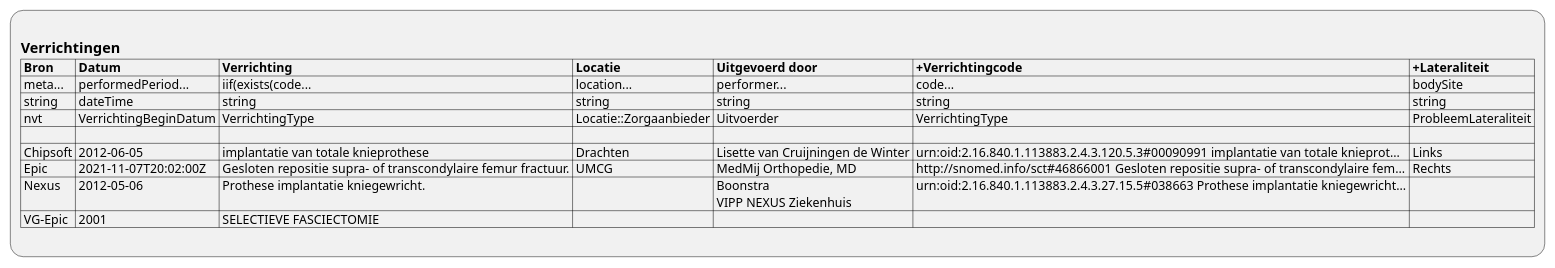
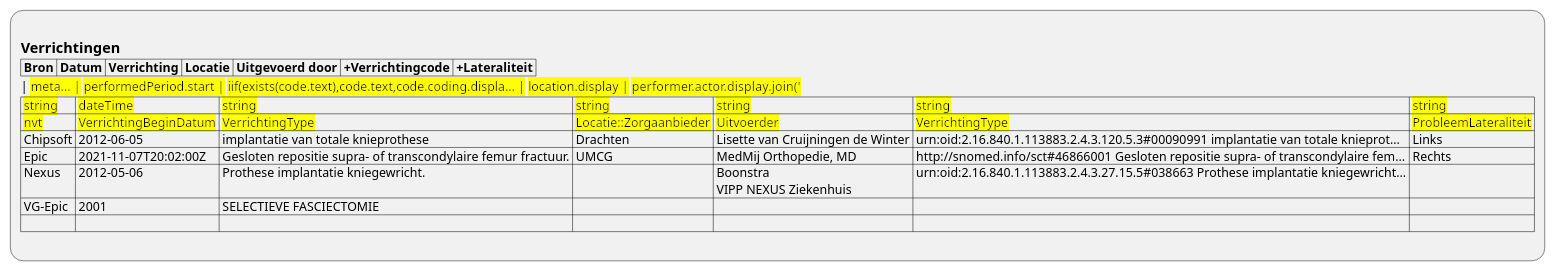
The diagram in input/images-source/ViewDefinition-Procedure.plantuml (RIVO-Noord/zorgviewer-ig), drawn with PlantUML before and after one commit. The commit also changed 10 other files, not shown here.

```diff
--- a/input/images-source/ViewDefinition-Procedure.plantuml
+++ b/input/images-source/ViewDefinition-Procedure.plantuml
@@ -1,14 +1,15 @@
 @startuml ViewDefinition-Procedure
 :
 == Verrichtingen
 |= Bron |= Datum |= Verrichting |= Locatie |= Uitgevoerd door |= +Verrichtingcode |= +Lateraliteit |
-| meta... | performedPeriod... | iif(exists(code... | location... | performer... | code... | bodySite |
-| string | dateTime | string | string | string | string | string |
-| nvt | VerrichtingBeginDatum | VerrichtingType | Locatie::Zorgaanbieder | Uitvoerder | VerrichtingType | ProbleemLateraliteit |
-| |
+|<back:yellow> meta... |<back:yellow> performedPeriod.start |<back:yellow> iif(exists(code.text),code.text,code.coding.displa... |<back:yellow> location.display |<back:yellow> performer.actor.display.join('
+') |<back:yellow> code.coding[0].system+'#'+code.coding[0].code+' '+... |<back:yellow> bodySite.extension('http://nictiz.nl/fhir/Structur... |
+|<back:yellow> string |<back:yellow> dateTime |<back:yellow> string |<back:yellow> string |<back:yellow> string |<back:yellow> string |<back:yellow> string |
+|<back:yellow> nvt |<back:yellow> VerrichtingBeginDatum |<back:yellow> VerrichtingType |<back:yellow> Locatie::Zorgaanbieder |<back:yellow> Uitvoerder |<back:yellow> VerrichtingType |<back:yellow> ProbleemLateraliteit |
 | Chipsoft | 2012-06-05 | implantatie van totale knieprothese | Drachten | Lisette van Cruijningen de Winter | urn:oid:2.16.840.1.113883.2.4.3.120.5.3#00090991 implantatie van totale knieprot... | Links |
 | Epic | 2021-11-07T20:02:00Z | Gesloten repositie supra- of transcondylaire femur fractuur. | UMCG | MedMij Orthopedie, MD | http://snomed.info/sct#46866001 Gesloten repositie supra- of transcondylaire fem... | Rechts |
 | Nexus | 2012-05-06 | Prothese implantatie kniegewricht. |  | Boonstra\n VIPP NEXUS Ziekenhuis | urn:oid:2.16.840.1.113883.2.4.3.27.15.5#038663 Prothese implantatie kniegewricht... |  |
 | VG-Epic | 2001 | SELECTIEVE FASCIECTOMIE |  |  |  |  |
+| |
 ;
 @enduml
```
